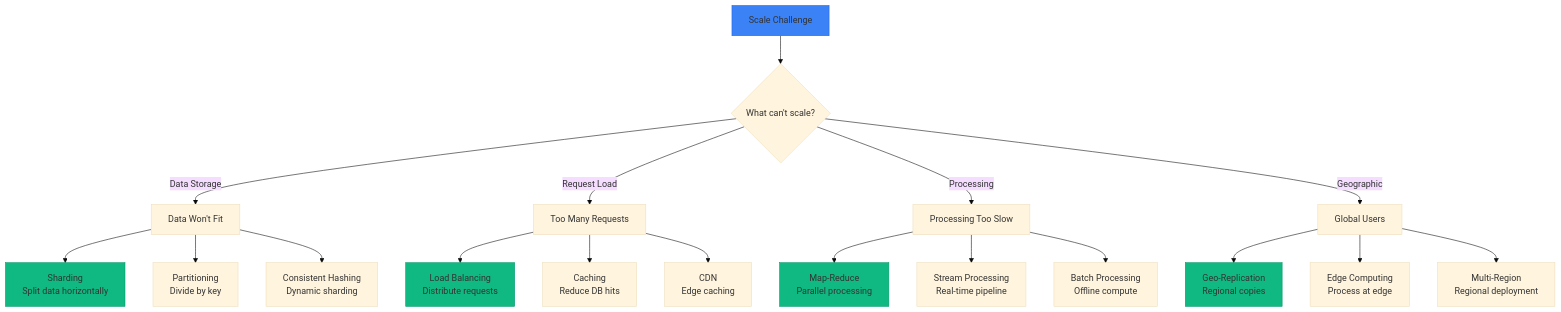
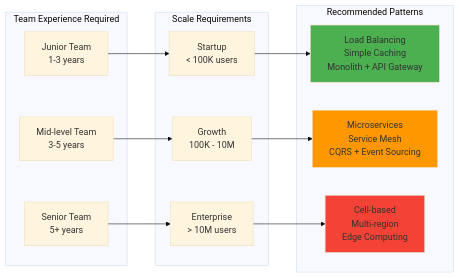
The second of 6 diagrams in docs/patterns/pattern-selector-tool.md (deepaucksharma/DStudio), drawn with Mermaid (base theme) before and after one commit. The commit also changed other lines of this file and 86 other files, not shown here.

````diff
--- a/docs/patterns/pattern-selector-tool.md
+++ b/docs/patterns/pattern-selector-tool.md
@@ -101,31 +91,28 @@
 ```mermaid
-graph TD
-    Start[Scale Challenge] --> Q1{What can't scale?}
+graph LR
+    subgraph "Team Experience Required"
+        Junior[Junior Team<br/>1-3 years]
+        Mid[Mid-level Team<br/>3-5 years]
+        Senior[Senior Team<br/>5+ years]
+    end
     
-    Q1 -->|Data Storage| Data[Data Won't Fit]
-    Q1 -->|Request Load| Load[Too Many Requests]
-    Q1 -->|Processing| Process[Processing Too Slow]
-    Q1 -->|Geographic| Geo[Global Users]
+    subgraph "Scale Requirements"
+        Startup[Startup<br/>< 100K users]
+        Growth[Growth<br/>100K - 10M]
+        Enterprise[Enterprise<br/>> 10M users]
+    end
     
-    Data --> D1[Sharding<br/>Split data horizontally]
-    Data --> D2[Partitioning<br/>Divide by key]
-    Data --> D3[Consistent Hashing<br/>Dynamic sharding]
+    subgraph "Recommended Patterns"
+        StartupPatterns[Load Balancing<br/>Simple Caching<br/>Monolith + API Gateway]
+        GrowthPatterns[Microservices<br/>Service Mesh<br/>CQRS + Event Sourcing]
+        EnterprisePatterns[Cell-based<br/>Multi-region<br/>Edge Computing]
+    end
     
-    Load --> L1[Load Balancing<br/>Distribute requests]
-    Load --> L2[Caching<br/>Reduce DB hits]
-    Load --> L3[CDN<br/>Edge caching]
+    Junior --> Startup --> StartupPatterns
+    Mid --> Growth --> GrowthPatterns
+    Senior --> Enterprise --> EnterprisePatterns
     
-    Process --> P1[Map-Reduce<br/>Parallel processing]
-    Process --> P2[Stream Processing<br/>Real-time pipeline]
-    Process --> P3[Batch Processing<br/>Offline compute]
-    
-    Geo --> G1[Geo-Replication<br/>Regional copies]
-    Geo --> G2[Edge Computing<br/>Process at edge]
-    Geo --> G3[Multi-Region<br/>Regional deployment]
-    
-    style Start fill:#3b82f6,stroke:#2563eb
-    style D1 fill:#10b981,stroke:#059669
-    style L1 fill:#10b981,stroke:#059669
-    style P1 fill:#10b981,stroke:#059669
-    style G1 fill:#10b981,stroke:#059669
+    style StartupPatterns fill:#4CAF50
+    style GrowthPatterns fill:#FF9800
+    style EnterprisePatterns fill:#F44336
 ```
````
